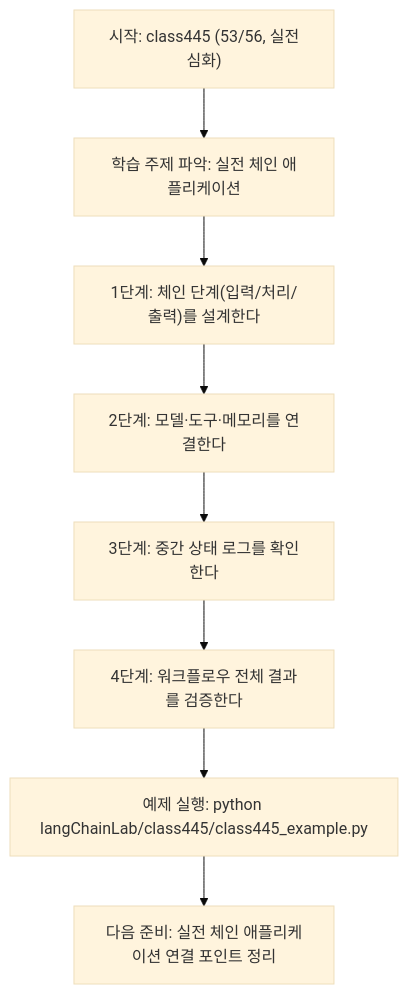
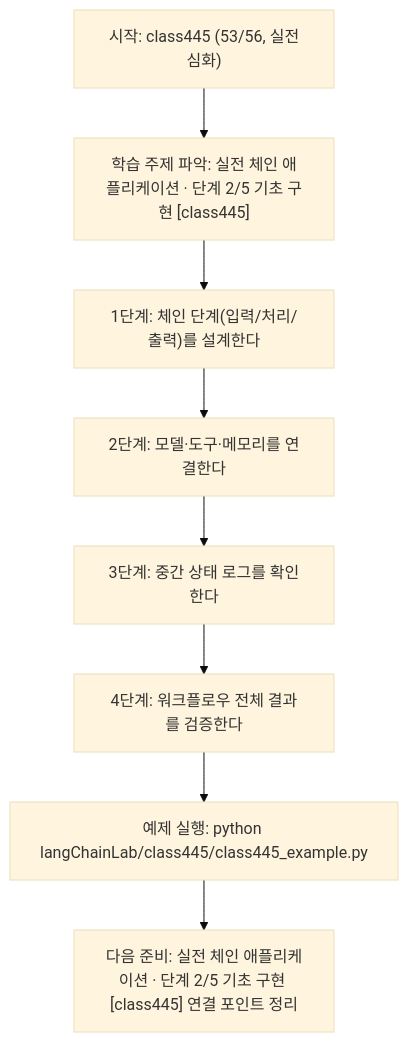
Before and after one commit to edumgt/Python-AI_Agent-Class: the diagram in langChainLab/class445/class445.md, drawn with Mermaid (base theme). The commit also changed other lines of this file and 522 other files, not shown here.

````diff
--- a/langChainLab/class445/class445.md
+++ b/langChainLab/class445/class445.md
@@ -109,18 +110,18 @@
 ```mermaid
 flowchart TD
 N1["시작: class445 (53/56, 실전심화)"]
-N2["학습 주제 파악: 실전 체인 애플리케이션"]
+N2["학습 주제 파악: 실전 체인 애플리케이션 · 단계 2/5 기초 구현 [class445]"]
 N3["1단계: 체인 단계(입력/처리/출력)를 설계한다"]
 N4["2단계: 모델·도구·메모리를 연결한다"]
 N5["3단계: 중간 상태 로그를 확인한다"]
 N6["4단계: 워크플로우 전체 결과를 검증한다"]
 N7["예제 실행: python langChainLab/class445/class445_example.py"]
-N8["다음 준비: 실전 체인 애플리케이션 연결 포인트 정리"]
+N8["다음 준비: 실전 체인 애플리케이션 · 단계 2/5 기초 구현 [class445] 연결 포인트 정리"]
 N1 --> N2
 N2 --> N3
 N3 --> N4
 N4 --> N5
 N5 --> N6
 N6 --> N7
 N7 --> N8
 ```
````
